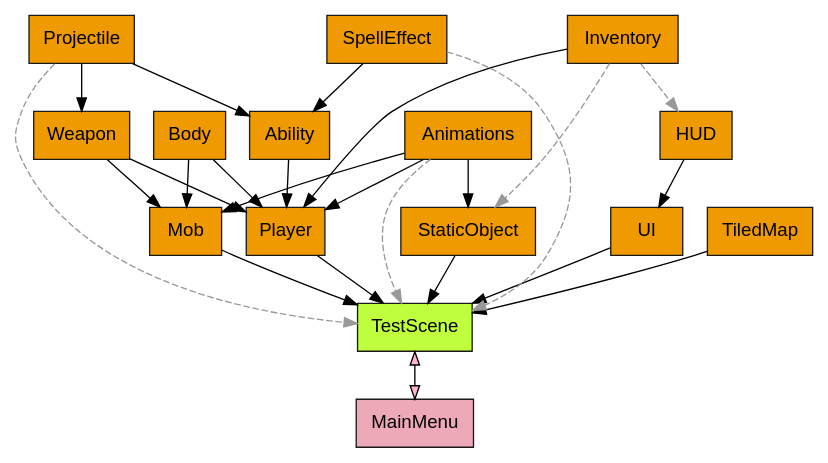
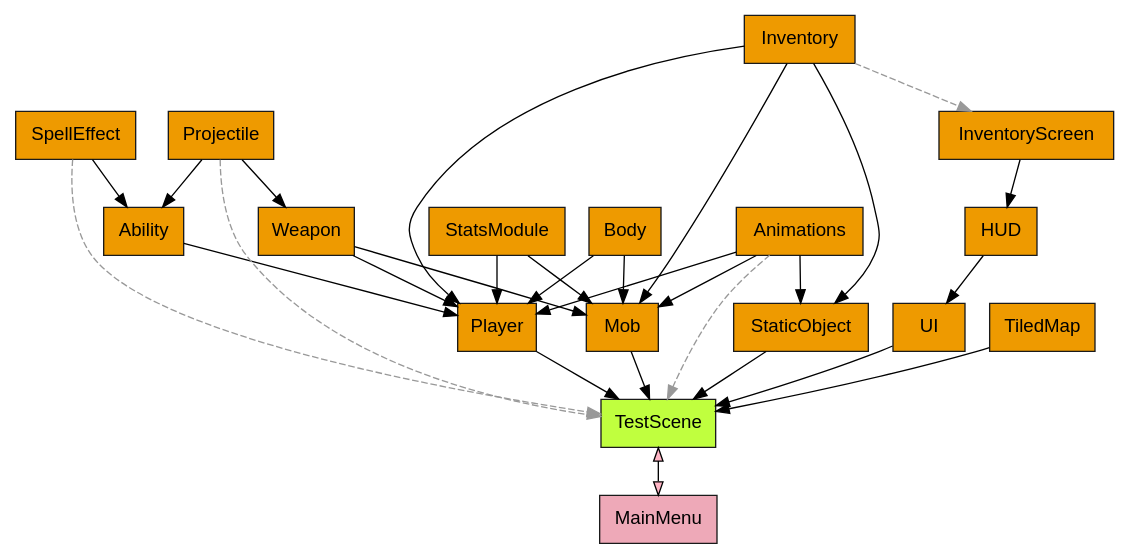
One commit to NiclasEriksen/godot_rpg changed the diagram in scene_layout.dot. Above: the diagram before and after it, drawn with Graphviz. The commit also changed 11 other files, not shown here.

Commit message:
StatsModule can now recieve effect list that applies to stats.

```diff
--- a/scene_layout.dot
+++ b/scene_layout.dot
@@ -1,33 +1,37 @@
 digraph {
     graph [fontname="helvetica", fillcolor="orange2"]
     node [
         shape="box",
         fontname="helvetica",
         style=filled,
         fillcolor="orange2", color="grey10"
     ]
     # label="Scene instancing layout"
     root[label="TestScene", fillcolor="olivedrab1"]
     MainMenu[fillcolor="pink2"]
     Body -> Player -> root
     Body -> Mob -> root
     Weapon -> Mob
 	Weapon -> Player
-    Inventory -> HUD [color="grey60", style=dashed]
-    Inventory -> StaticObject [color="grey60", style=dashed]
+    InventoryScreen -> HUD
+    Inventory -> StaticObject
+    Inventory -> InventoryScreen [color="grey60", style=dashed]
     Inventory -> Player
+    Inventory -> Mob
     Ability -> Player
+    StatsModule -> Player
+    StatsModule -> Mob
     Animations -> Player
     Animations -> Mob
     Animations -> StaticObject
     Animations -> root [color="grey60", style=dashed]
     TiledMap -> root
     HUD -> UI -> root
     StaticObject -> root
     Projectile -> Weapon
     Projectile -> Ability
     SpellEffect -> Ability
     Projectile -> root [color="grey60", style=dashed]
     SpellEffect -> root [color="grey60", style=dashed]
     root -> MainMenu [dir=both, fillcolor="pink1"]
 }
```
